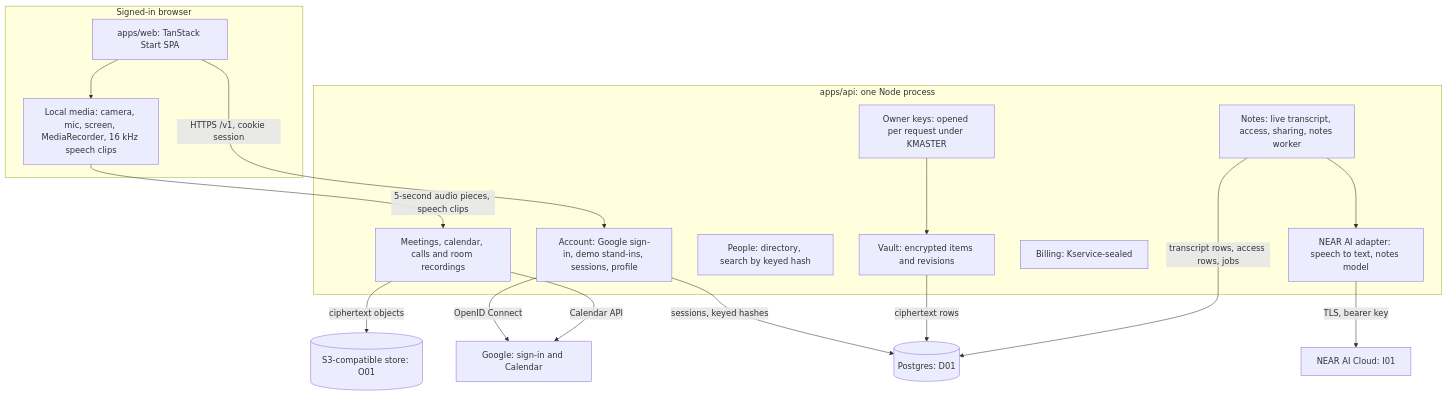
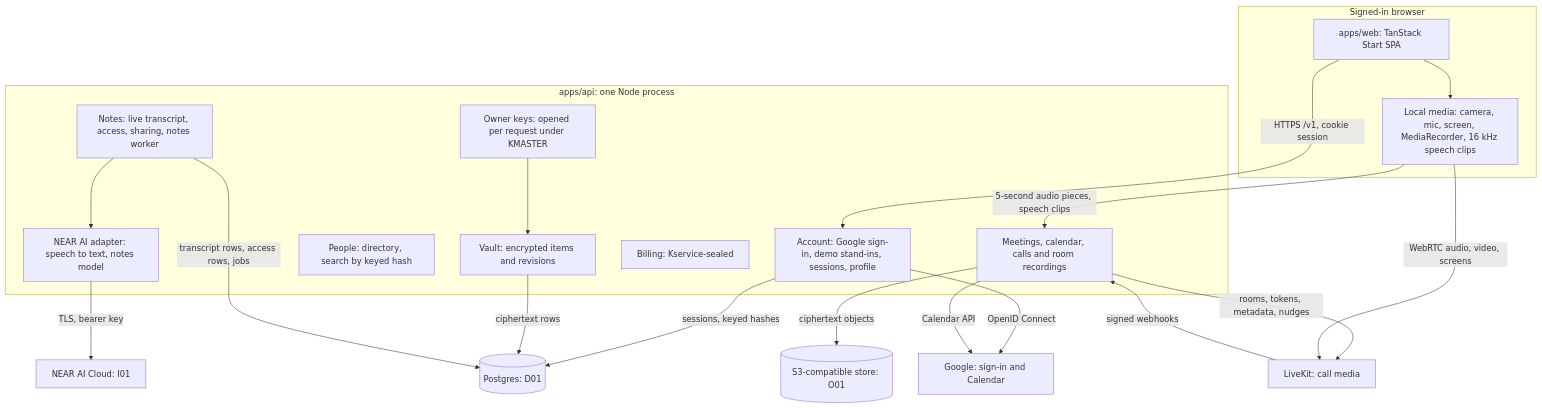
The diagram in docs/engineering/system-architecture.md (thebakedalaskan/alcove-solutions), drawn with Mermaid before and after one commit. The commit also changed other lines of this file and 7 other files, not shown here.

Commit message:
docs: group calls on LiveKit; deploy config ready for LiveKit Cloud

````diff
--- a/docs/engineering/system-architecture.md
+++ b/docs/engineering/system-architecture.md
@@ -10,29 +10,32 @@
 ```mermaid
 flowchart TB
     subgraph Browser[Signed-in browser]
         UI[apps/web: TanStack Start SPA]
         Media[Local media: camera, mic, screen, MediaRecorder, 16 kHz speech clips]
         UI --> Media
     end
     subgraph API[apps/api: one Node process]
         Account[Account: Google sign-in, demo stand-ins, sessions, profile]
         Keys[Owner keys: opened per request under KMASTER]
         Vault[Vault: encrypted items and revisions]
         People[People: directory, search by keyed hash]
         Calls[Meetings, calendar, calls and room recordings]
         Notes[Notes: live transcript, access, sharing, notes worker]
         Billing[Billing: Kservice-sealed]
         Inference[NEAR AI adapter: speech to text, notes model]
     end
     UI -->|HTTPS /v1, cookie session| Account
     Media -->|5-second audio pieces, speech clips| Calls
     Keys --> Vault
     Account -->|sessions, keyed hashes| DB[(Postgres: D01)]
     Vault -->|ciphertext rows| DB
     Notes -->|transcript rows, access rows, jobs| DB
     Calls -->|ciphertext objects| Obj[(S3-compatible store: O01)]
     Notes --> Inference
     Inference -->|TLS, bearer key| I01[NEAR AI Cloud: I01]
     Account -->|OpenID Connect| Google[Google: sign-in and Calendar]
     Calls -->|Calendar API| Google
+    Calls -->|rooms, tokens, metadata, nudges| LK[LiveKit: call media]
+    LK -->|signed webhooks| Calls
+    Media -->|WebRTC audio, video, screens| LK
 ```
````
